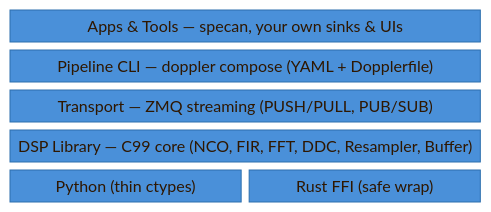
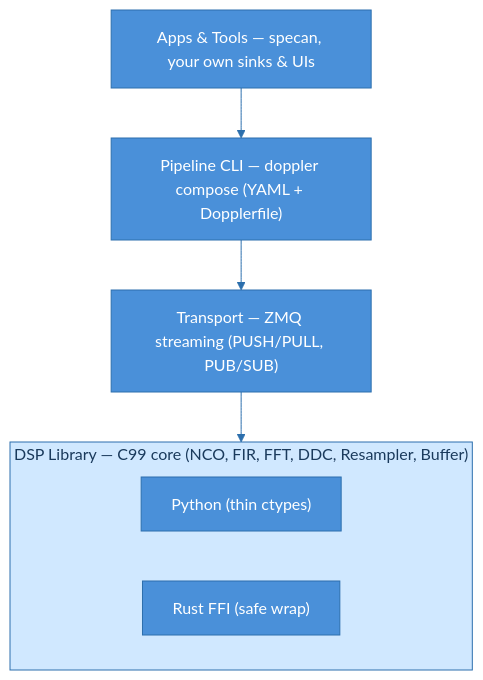
One commit to doppler-dsp/doppler changed the first of 2 diagrams in docs/architecture.md. Above: the diagram before and after it, drawn with Mermaid.

Commit message:
docs(architecture): switch stack diagram to flowchart+subgraph
block-beta nested sizing was unreliable. flowchart TB with subgraph
naturally renders DSP library as a containing box with Python/Rust
inside it.

````diff
--- a/docs/architecture.md
+++ b/docs/architecture.md
@@ -9,11 +9,13 @@
 ```mermaid
-%%{init: {'theme': 'base', 'themeVariables': {'primaryColor': '#4a90d9', 'primaryTextColor': '#ffffff', 'primaryBorderColor': '#2c6fad', 'lineColor': '#2c6fad', 'secondaryColor': '#6ab0f5', 'tertiaryColor': '#d0e8ff'}}}%%
-block-beta
-  columns 2
-  apps["Apps & Tools — specan, your own sinks & UIs"]:2
-  cli["Pipeline CLI — doppler compose (YAML + Dopplerfile)"]:2
-  transport["Transport — ZMQ streaming (PUSH/PULL, PUB/SUB)"]:2
-  core["DSP Library — C99 core (NCO, FIR, FFT, DDC, Resampler, Buffer)"]:2
-  python["Python (thin ctypes)"]
-  rust["Rust FFI (safe wrap)"]
+%%{init: {'theme': 'base', 'themeVariables': {'primaryColor': '#4a90d9', 'primaryTextColor': '#ffffff', 'primaryBorderColor': '#2c6fad', 'lineColor': '#2c6fad', 'clusterBkg': '#d0e8ff', 'clusterBorder': '#2c6fad', 'titleColor': '#1a3a5c'}}}%%
+flowchart TB
+    apps["Apps & Tools — specan, your own sinks & UIs"]
+    cli["Pipeline CLI — doppler compose (YAML + Dopplerfile)"]
+    transport["Transport — ZMQ streaming (PUSH/PULL, PUB/SUB)"]
+    subgraph dsp["DSP Library — C99 core (NCO, FIR, FFT, DDC, Resampler, Buffer)"]
+        direction LR
+        python["Python (thin ctypes)"]
+        rust["Rust FFI (safe wrap)"]
+    end
+    apps --> cli --> transport --> dsp
 ```
````
